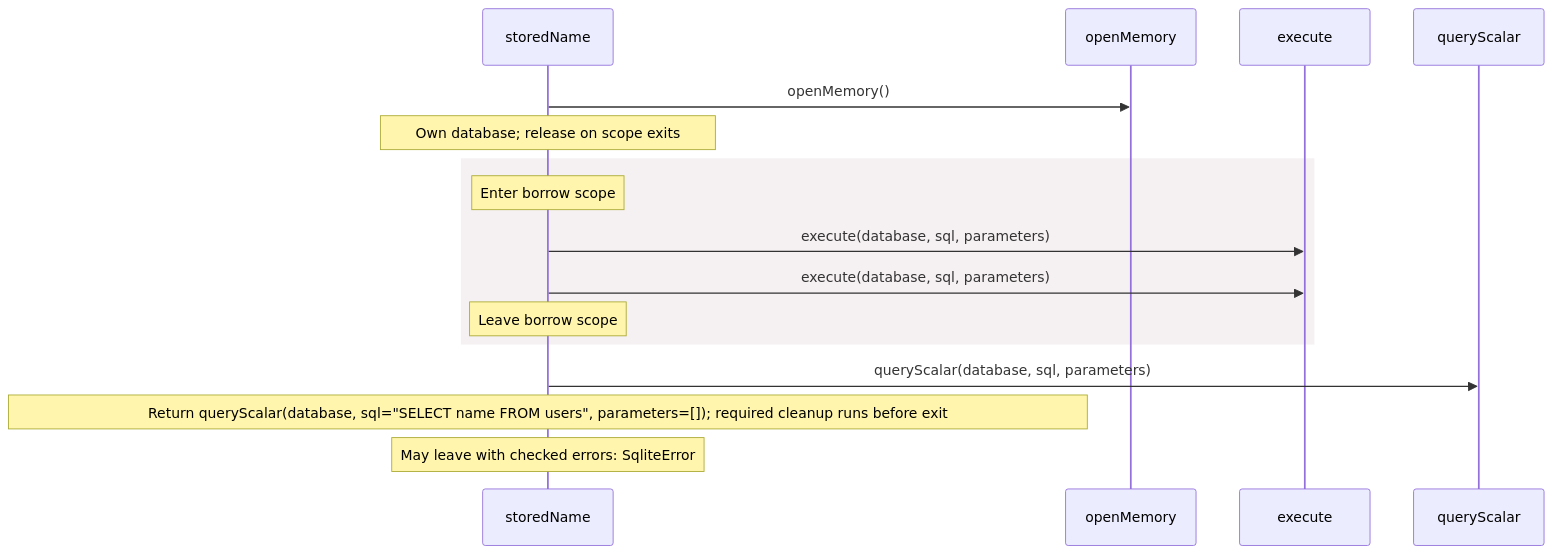
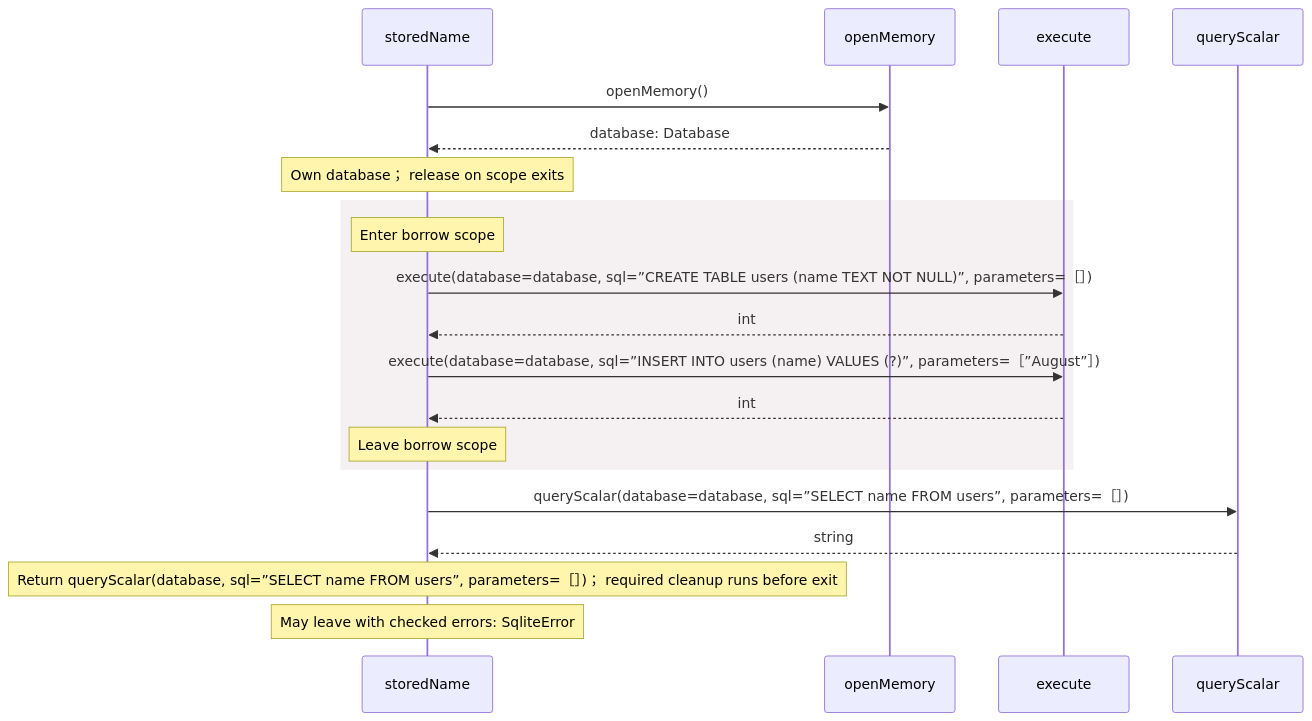
The second of 2 diagrams in docs/examples/native-sqlite/database-diagrams.md (GreenPandaStudios/augscript), drawn with Mermaid before and after one commit. The commit also changed other lines of this file and 524 other files, not shown here.

Commit message:
Explain checked data flow at folder and service levels

````diff
--- a/docs/examples/native-sqlite/database-diagrams.md
+++ b/docs/examples/native-sqlite/database-diagrams.md
@@ -46,18 +45,22 @@
 ```mermaid
 sequenceDiagram
     participant p0 as storedName
     participant p1 as openMemory
     participant p2 as execute
     participant p3 as queryScalar
     p0->>p1: openMemory()
-    Note over p0: Own database#59; release on scope exits
+    p1-->>p0: database: Database
+    Note over p0: Own database； release on scope exits
     rect rgb(245, 240, 241)
     Note over p0: Enter borrow scope
-    p0->>p2: execute(database, sql, parameters)
-    p0->>p2: execute(database, sql, parameters)
+    p0->>p2: execute(database=database, sql=”CREATE TABLE users (name TEXT NOT NULL)”, parameters=［］)
+    p2-->>p0: int
+    p0->>p2: execute(database=database, sql=”INSERT INTO users (name) VALUES (?)”, parameters=［”August”］)
+    p2-->>p0: int
     Note over p0: Leave borrow scope
     end
-    p0->>p3: queryScalar(database, sql, parameters)
-    Note over p0: Return queryScalar(database, sql=#34;SELECT name FROM users#34;, parameters=#91;#93;)#59; required cleanup runs before exit
+    p0->>p3: queryScalar(database=database, sql=”SELECT name FROM users”, parameters=［］)
+    p3-->>p0: string
+    Note over p0: Return queryScalar(database, sql=”SELECT name FROM users”, parameters=［］)； required cleanup runs before exit
     Note over p0: May leave with checked errors: SqliteError
 ```
````
